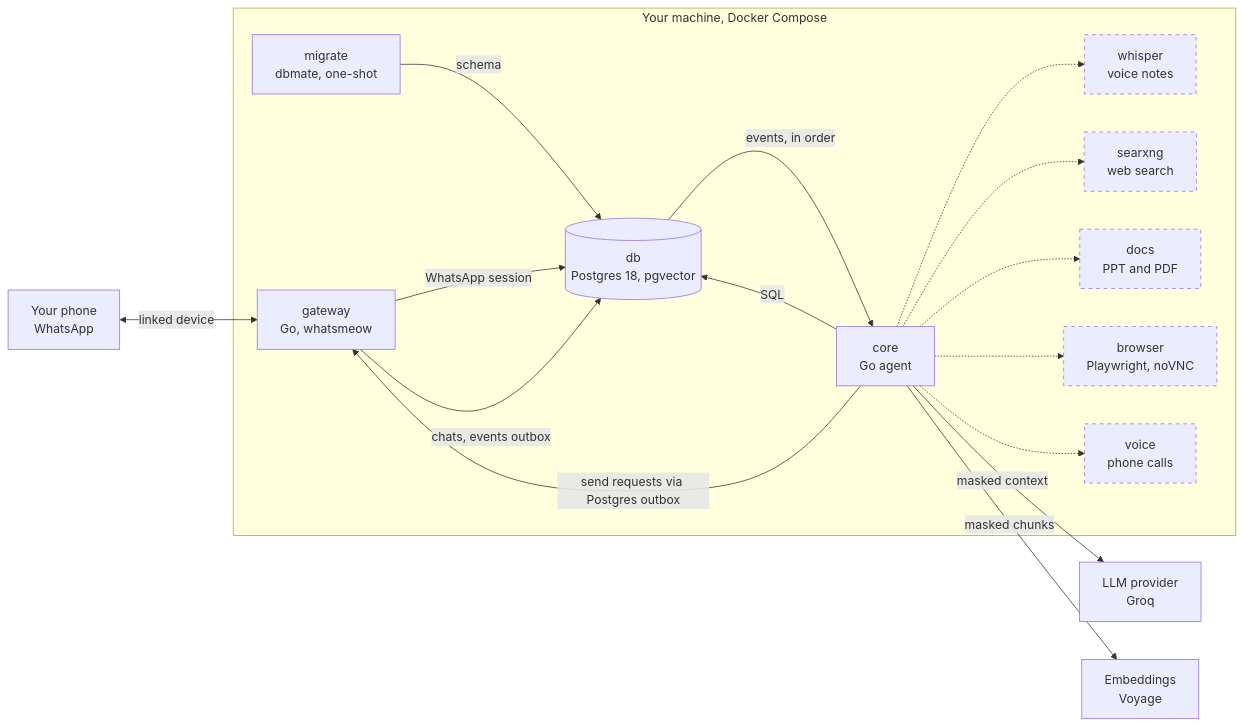
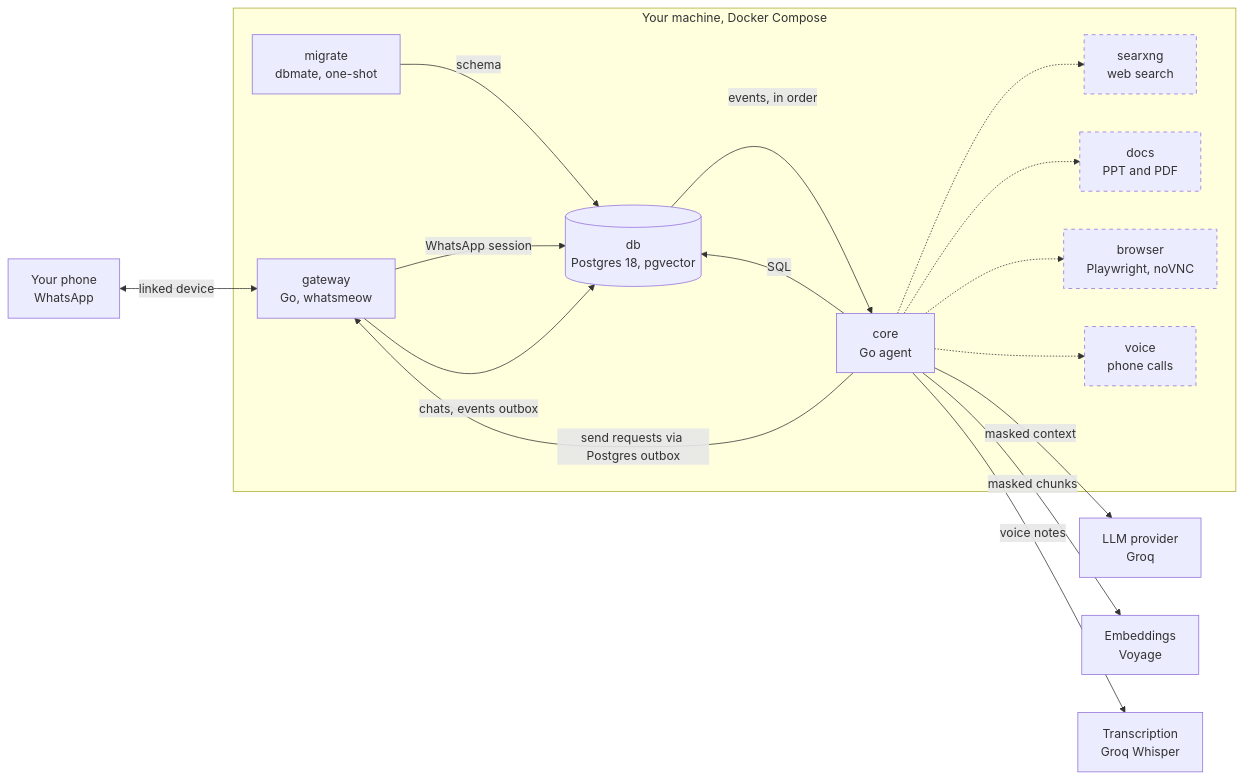
The first of 5 diagrams in README.md (dhananjay6561/kaya), drawn with Mermaid before and after one commit. The commit also changed other lines of this file, not shown here.

Commit message:
bring the readme roadmap and diagram up to date

````diff
--- a/README.md
+++ b/README.md
@@ -254,36 +253,36 @@
 ```mermaid
 flowchart LR
     phone["Your phone<br/>WhatsApp"]
     llm["LLM provider<br/>Groq"]
     embed["Embeddings<br/>Voyage"]
+    stt["Transcription<br/>Groq Whisper"]
 
     subgraph host["Your machine, Docker Compose"]
         gateway["gateway<br/>Go, whatsmeow"]
         core["core<br/>Go agent"]
         db[("db<br/>Postgres 18, pgvector")]
         migrate["migrate<br/>dbmate, one-shot"]
-        whisper["whisper<br/>voice notes"]
         searxng["searxng<br/>web search"]
         docs["docs<br/>PPT and PDF"]
         browser["browser<br/>Playwright, noVNC"]
         voice["voice<br/>phone calls"]
     end
 
     phone <-->|"linked device"| gateway
     migrate -->|"schema"| db
     gateway -->|"WhatsApp session"| db
     core -->|"SQL"| db
     gateway -->|"chats, events outbox"| db
     db -->|"events, in order"| core
     core -->|"send requests via Postgres outbox"| gateway
     core -->|"masked context"| llm
     core -->|"masked chunks"| embed
-    core -.-> whisper
+    core -->|"voice notes"| stt
     core -.-> searxng
     core -.-> docs
     core -.-> browser
     core -.-> voice
 
     classDef planned stroke-dasharray: 5 5
-    class whisper,searxng,docs,browser,voice planned
+    class searxng,docs,browser,voice planned
 ```
````
